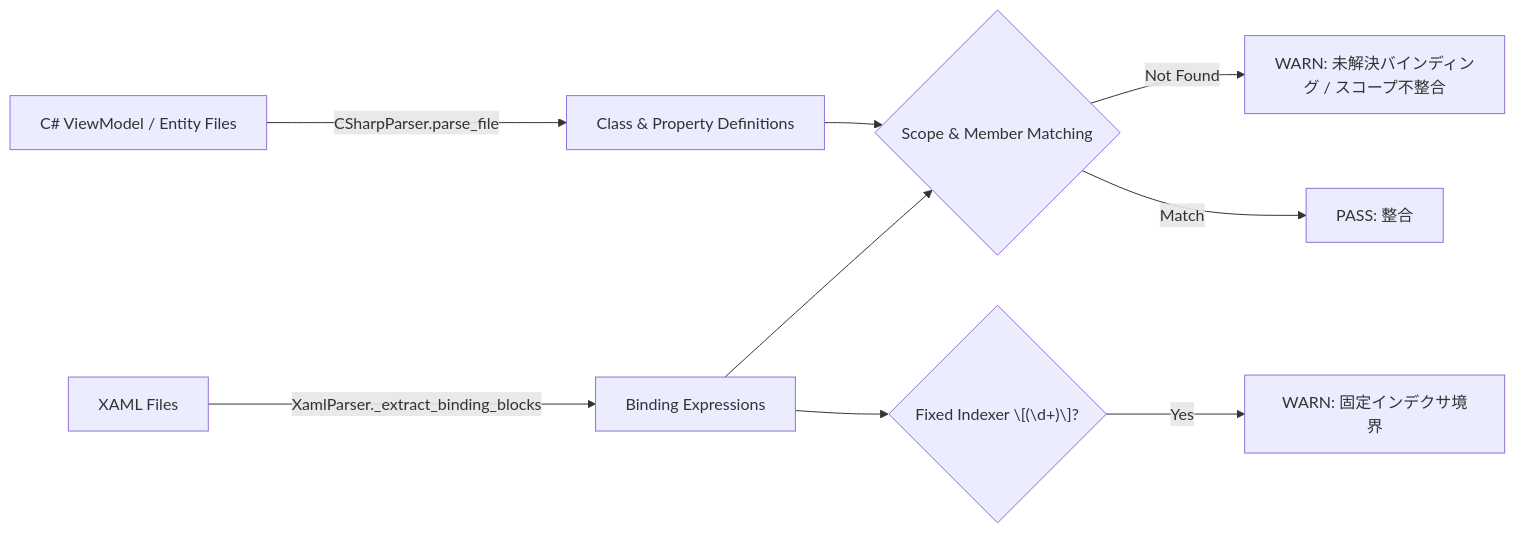
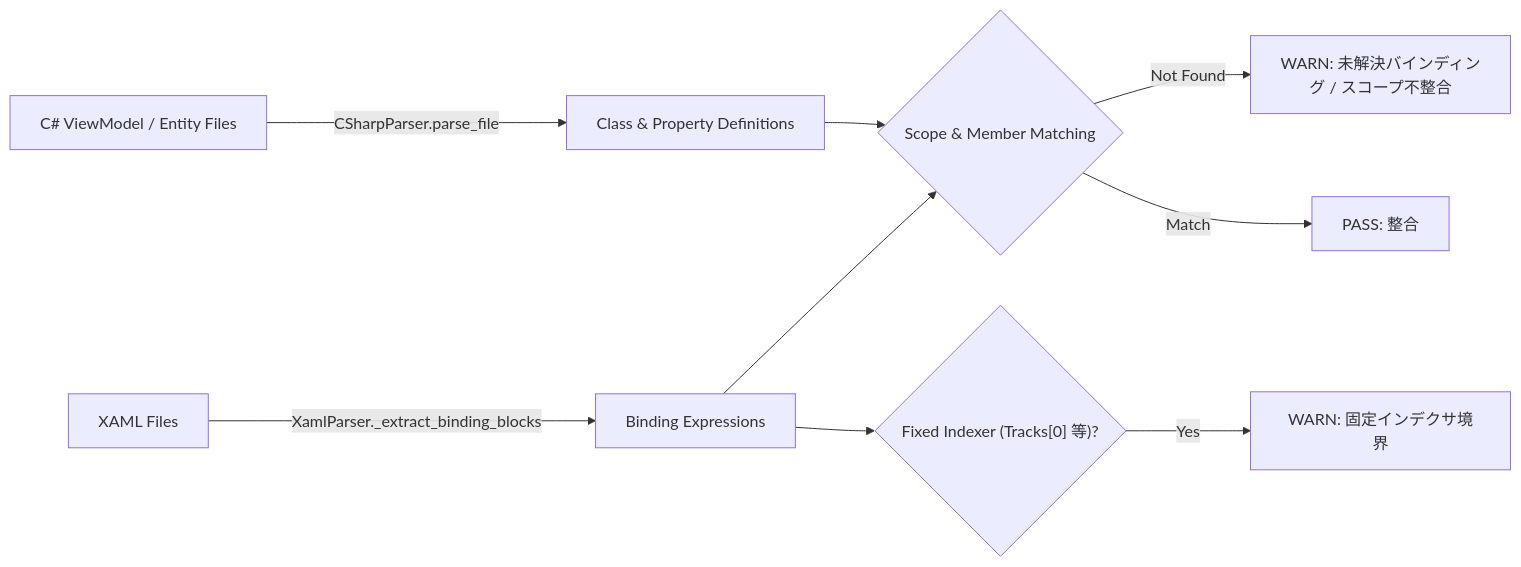
Before and after one commit to taketonnbo/Audio_Effector: the third of 3 diagrams in 設計/詳細設計/XAMLバインディング検証基盤.md, drawn with Mermaid. The commit also changed 1 other file, not shown here.

Commit message:
docs: 📝 #267 アーキテクチャ設計書と検証基盤設計書の記述を修正する

````diff
--- a/設計/詳細設計/XAMLバインディング検証基盤.md
+++ b/設計/詳細設計/XAMLバインディング検証基盤.md
@@ -112,11 +112,11 @@
 ```mermaid
 flowchart LR
     X["XAML Files"] -->|XamlParser._extract_binding_blocks| P["Binding Expressions"]
     C["C# ViewModel / Entity Files"] -->|CSharpParser.parse_file| V["Class & Property Definitions"]
     P --> M{"Scope & Member Matching"}
     V --> M
     M -- Not Found --> W1["WARN: 未解決バインディング / スコープ不整合"]
-    P --> I{"Fixed Indexer \[(\d+)\]?"}
+    P --> I{"Fixed Indexer (Tracks[0] 等)?"}
     I -- Yes --> W2["WARN: 固定インデクサ境界"]
     M -- Match --> Pass["PASS: 整合"]
 ```
````
